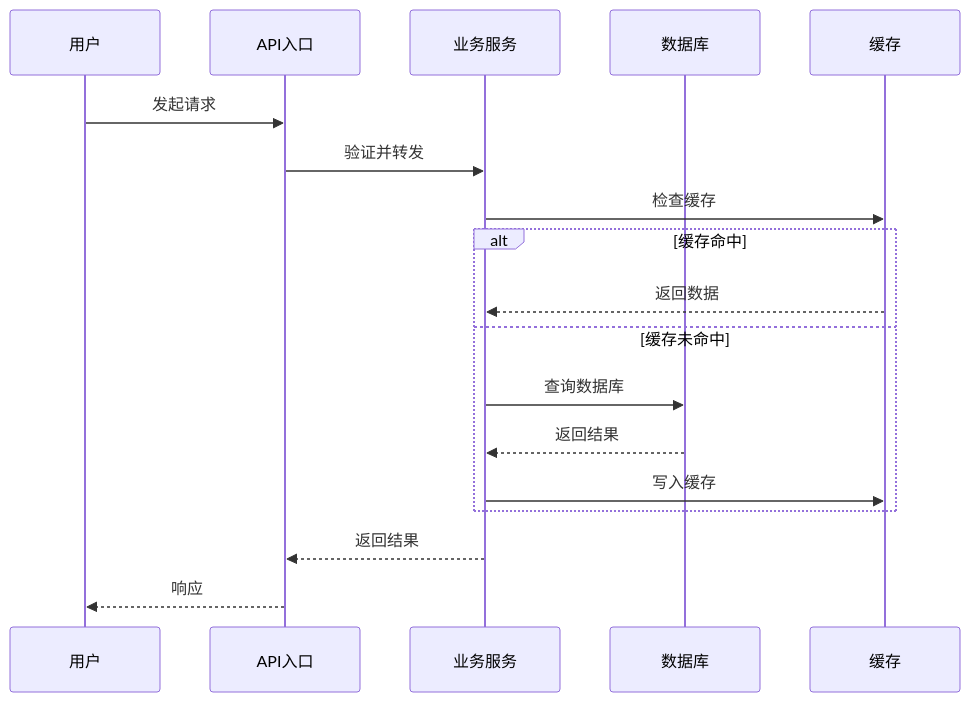
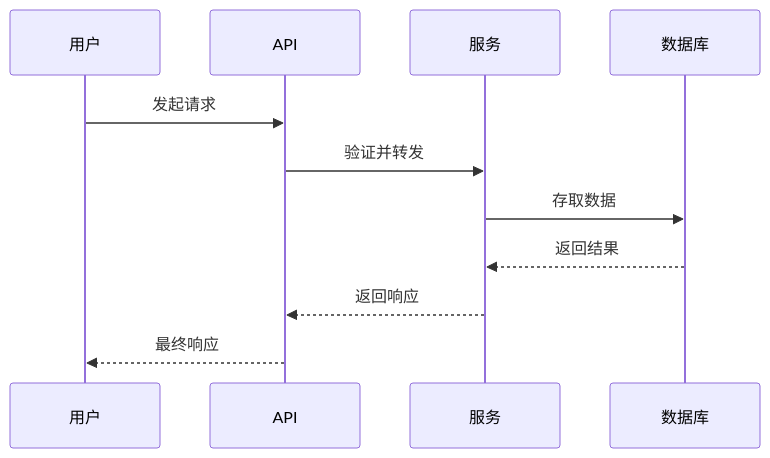
The second of 2 diagrams in SKILL.md (shadowcxt/github-code-analyzer), drawn with Mermaid before and after one commit. The commit also changed other lines of this file, not shown here.

Commit message:
Fix: Add Feishu compatibility with Mermaid, ASCII diagrams and usage tips

````diff
--- a/SKILL.md
+++ b/SKILL.md
@@ -227,21 +165,14 @@
 ```mermaid
 sequenceDiagram
     participant U as 用户
-    participant A as API入口
-    participant S as 业务服务
+    participant A as API
+    participant S as 服务
     participant D as 数据库
-    participant C as 缓存
 
     U->>A: 发起请求
     A->>S: 验证并转发
-    S->>C: 检查缓存
-    alt 缓存命中
-        C-->>S: 返回数据
-    else 缓存未命中
-        S->>D: 查询数据库
-        D-->>S: 返回结果
-        S->>C: 写入缓存
-    end
-    S-->>A: 返回结果
-    A-->>U: 响应
+    S->>D: 存取数据
+    D-->>S: 返回结果
+    S-->>A: 返回响应
+    A-->>U: 最终响应
 ```
````
